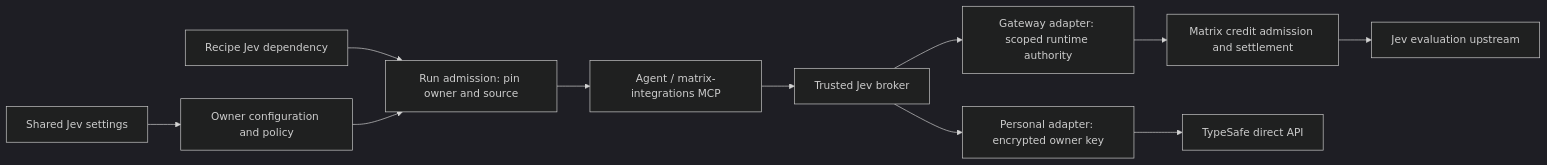
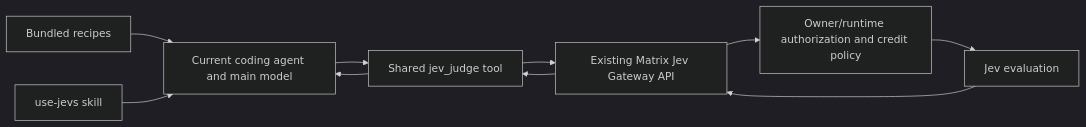
One commit to HamedMP/matrix-os changed the diagram in specs/526-jev-byok/design.zh-en.md. Above: the diagram before and after it, drawn with Mermaid (dark theme). The commit also changed other lines of this file and 3 other files, not shown here.

First line of the commit message:
docs(agents): focus Jev scope on recipes and use-jevs skill

````diff
--- a/specs/526-jev-byok/design.zh-en.md
+++ b/specs/526-jev-byok/design.zh-en.md
@@ -13,13 +13,10 @@
 ```mermaid
 flowchart LR
-  U[Shared Jev settings] --> C[Owner configuration and policy]
-  R[Recipe Jev dependency] --> A[Run admission: pin owner and source]
-  C --> A
-  A --> M[Agent / matrix-integrations MCP]
-  M --> B[Trusted Jev broker]
-  B --> G[Gateway adapter: scoped runtime authority]
-  G --> F[Matrix credit admission and settlement]
-  F --> J[Jev evaluation upstream]
-  B --> P[Personal adapter: encrypted owner key]
-  P --> T[TypeSafe direct API]
+  R[Bundled recipes] --> A[Current coding agent and main model]
+  S[use-jevs skill] --> A
+  A --> T[Shared jev_judge tool]
+  T --> G[Existing Matrix Jev Gateway API]
+  G --> P[Owner/runtime authorization and credit policy]
+  P --> J[Jev evaluation]
+  J --> G --> T --> A
 ```
````
